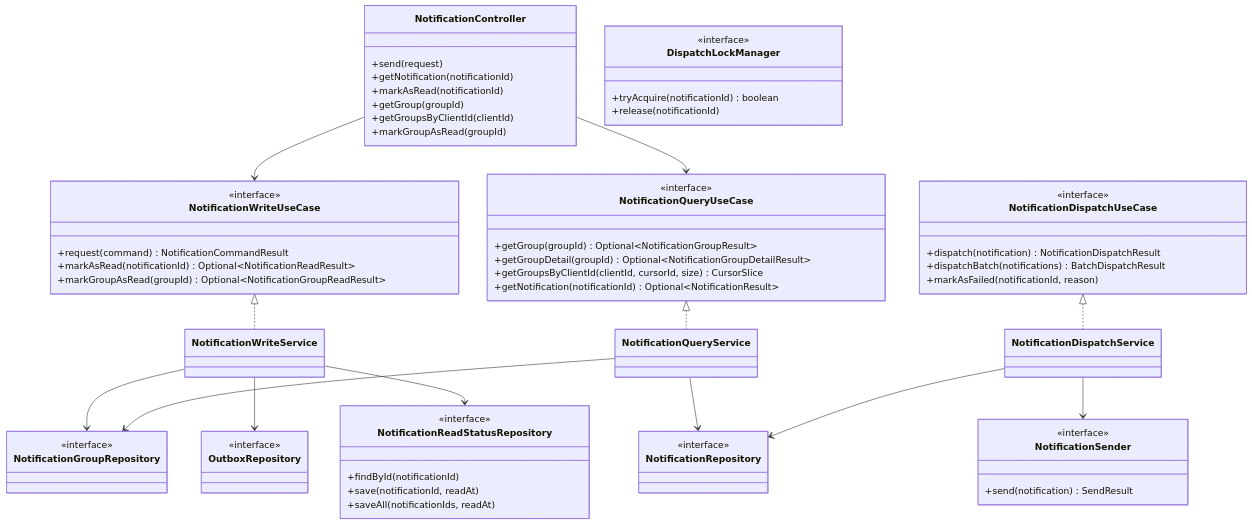
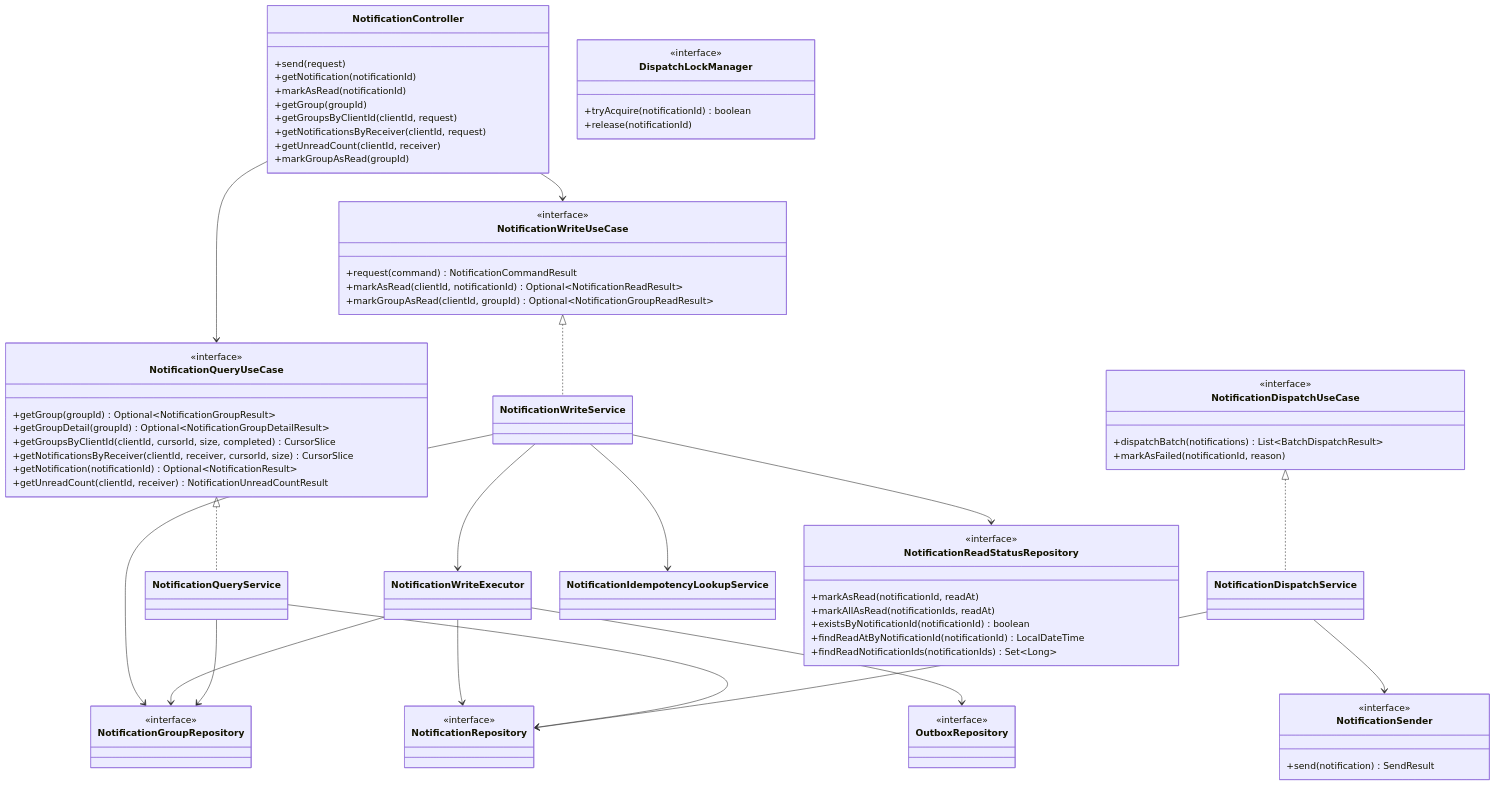
Before and after one commit to yht0827/notification-dispatcher: the first of 6 diagrams in docs/03-class-diagrams.md, drawn with Mermaid. The commit also changed other lines of this file and 80 other files, not shown here.

```diff
--- a/docs/03-class-diagrams.md
+++ b/docs/03-class-diagrams.md
@@ -22,35 +22,40 @@
       +getNotification(notificationId)
       +markAsRead(notificationId)
       +getGroup(groupId)
-      +getGroupsByClientId(clientId)
+      +getGroupsByClientId(clientId, request)
+      +getNotificationsByReceiver(clientId, request)
+      +getUnreadCount(clientId, receiver)
       +markGroupAsRead(groupId)
     }
 
     class NotificationWriteUseCase {
       <<interface>>
       +request(command) NotificationCommandResult
-      +markAsRead(notificationId) Optional~NotificationReadResult~
-      +markGroupAsRead(groupId) Optional~NotificationGroupReadResult~
+      +markAsRead(clientId, notificationId) Optional~NotificationReadResult~
+      +markGroupAsRead(clientId, groupId) Optional~NotificationGroupReadResult~
     }
 
     class NotificationQueryUseCase {
       <<interface>>
       +getGroup(groupId) Optional~NotificationGroupResult~
       +getGroupDetail(groupId) Optional~NotificationGroupDetailResult~
-      +getGroupsByClientId(clientId, cursorId, size) CursorSlice
+      +getGroupsByClientId(clientId, cursorId, size, completed) CursorSlice
+      +getNotificationsByReceiver(clientId, receiver, cursorId, size) CursorSlice
       +getNotification(notificationId) Optional~NotificationResult~
+      +getUnreadCount(clientId, receiver) NotificationUnreadCountResult
     }
 
     class NotificationDispatchUseCase {
       <<interface>>
-      +dispatch(notification) NotificationDispatchResult
-      +dispatchBatch(notifications) BatchDispatchResult
+      +dispatchBatch(notifications) List~BatchDispatchResult~
       +markAsFailed(notificationId, reason)
     }
 
     class NotificationWriteService
     class NotificationQueryService
     class NotificationDispatchService
+    class NotificationWriteExecutor
+    class NotificationIdempotencyLookupService
 
     class NotificationGroupRepository {
       <<interface>>
@@ -66,9 +71,11 @@
 
     class NotificationReadStatusRepository {
       <<interface>>
-      +findById(notificationId)
-      +save(notificationId, readAt)
-      +saveAll(notificationIds, readAt)
+      +markAsRead(notificationId, readAt)
+      +markAllAsRead(notificationIds, readAt)
+      +existsByNotificationId(notificationId) boolean
+      +findReadAtByNotificationId(notificationId) LocalDateTime
+      +findReadNotificationIds(notificationIds) Set~Long~
     }
 
     class NotificationSender {
@@ -90,8 +97,12 @@
     NotificationDispatchUseCase <|.. NotificationDispatchService
 
     NotificationWriteService --> NotificationGroupRepository
-    NotificationWriteService --> OutboxRepository
     NotificationWriteService --> NotificationReadStatusRepository
+    NotificationWriteService --> NotificationWriteExecutor
+    NotificationWriteService --> NotificationIdempotencyLookupService
+    NotificationWriteExecutor --> NotificationGroupRepository
+    NotificationWriteExecutor --> NotificationRepository
+    NotificationWriteExecutor --> OutboxRepository
     NotificationQueryService --> NotificationGroupRepository
     NotificationQueryService --> NotificationRepository
     NotificationDispatchService --> NotificationRepository
```
